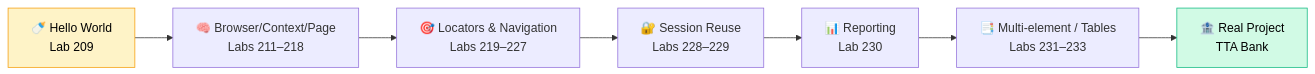
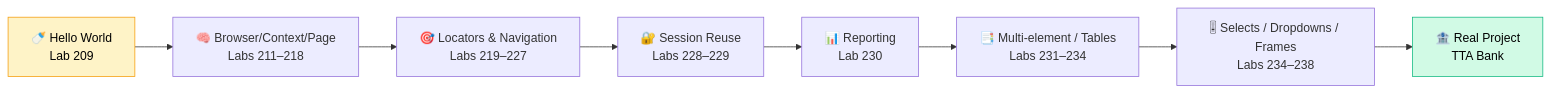
The first of 17 diagrams in README.md (PramodDutta/LearningPlaywrightFundamentals), drawn with Mermaid before and after one commit. The commit also changed other lines of this file and 7 other files, not shown here.

First line of the commit message:
docs: add module 08 (selects/frames) and lab 234 to README

````diff
--- a/README.md
+++ b/README.md
@@ -52,12 +53,13 @@
 ```mermaid
 flowchart LR
     A[🍼 Hello World<br/>Lab 209] --> B[🧠 Browser/Context/Page<br/>Labs 211–218]
     B --> C[🎯 Locators & Navigation<br/>Labs 219–227]
     C --> D[🔐 Session Reuse<br/>Labs 228–229]
     D --> E[📊 Reporting<br/>Lab 230]
-    E --> F[📑 Multi-element / Tables<br/>Labs 231–233]
-    F --> G[🏦 Real Project<br/>TTA Bank]
+    E --> F[📑 Multi-element / Tables<br/>Labs 231–234]
+    F --> H[🎚 Selects / Dropdowns / Frames<br/>Labs 234–238]
+    H --> G[🏦 Real Project<br/>TTA Bank]
 
     style A fill:#fef3c7,stroke:#f59e0b,color:#000
     style G fill:#d1fae5,stroke:#10b981,color:#000
 ```
````
